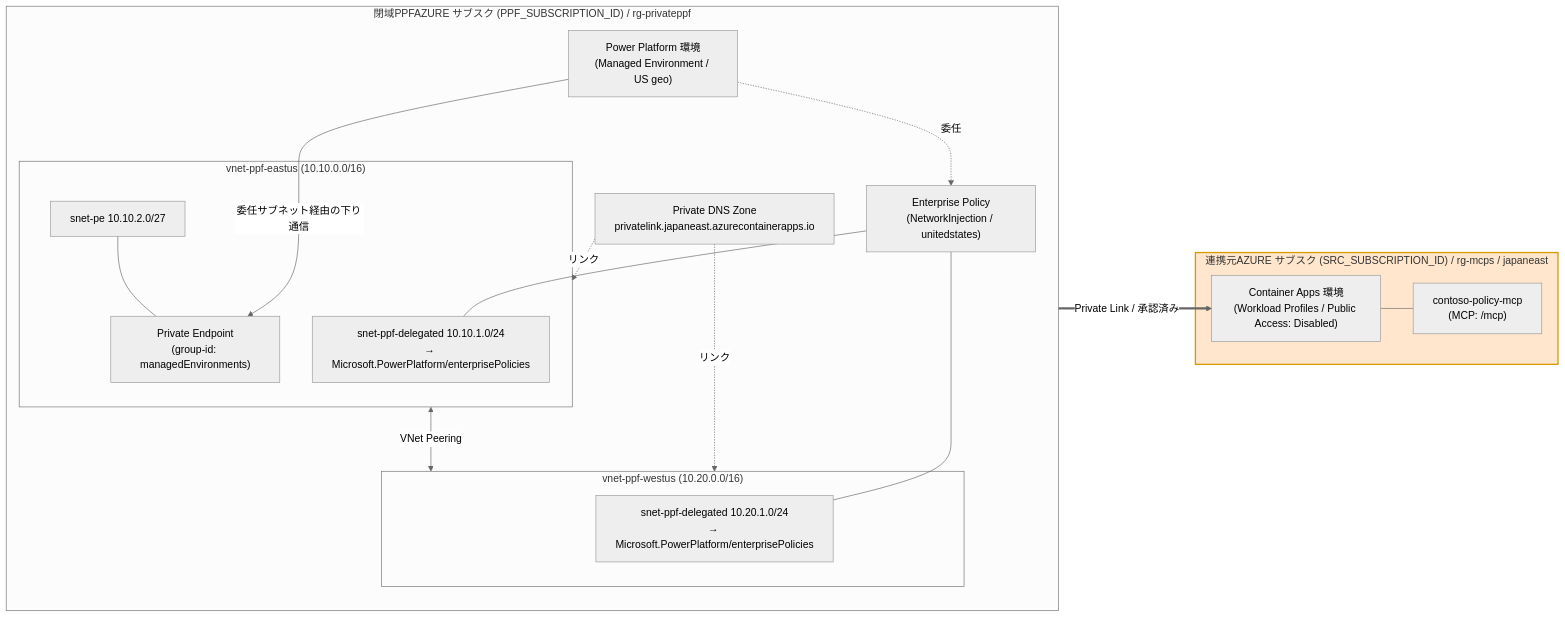
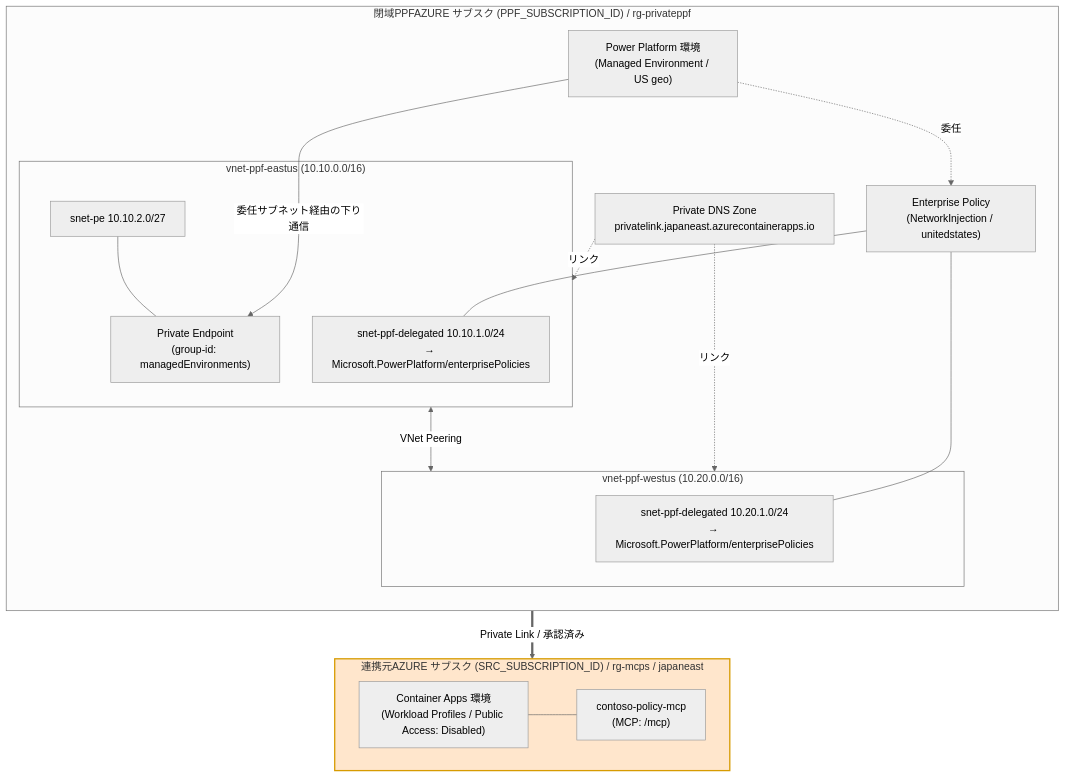
The diagram in README.md (ketana0224/private-PPF_Azure), drawn with Mermaid (neutral theme) before and after one commit.

Commit message:
docs: README の構成図を縦積みレイアウト(TB)に変更

````diff
--- a/README.md
+++ b/README.md
@@ -77,36 +77,37 @@
 ```mermaid
-flowchart LR
+flowchart TB
+    subgraph SRC["連携元AZURE サブスク (SRC_SUBSCRIPTION_ID) / rg-mcps / japaneast"]
+        direction LR
+        ACAENV["Container Apps 環境<br/>(Workload Profiles / Public Access: Disabled)"]
+        ACAAPP["contoso-policy-mcp<br/>(MCP: /mcp)"]
+    end
+
     subgraph PPF["閉域PPFAZURE サブスク (PPF_SUBSCRIPTION_ID) / rg-privateppf"]
         direction TB
         PPENV["Power Platform 環境<br/>(Managed Environment / US geo)"]
         EP["Enterprise Policy<br/>(NetworkInjection / unitedstates)"]
         subgraph VNE["vnet-ppf-eastus (10.10.0.0/16)"]
             DELE["snet-ppf-delegated 10.10.1.0/24<br/>→ Microsoft.PowerPlatform/enterprisePolicies"]
             PESN["snet-pe 10.10.2.0/27"]
             PE["Private Endpoint<br/>(group-id: managedEnvironments)"]
         end
         subgraph VNW["vnet-ppf-westus (10.20.0.0/16)"]
             DELW["snet-ppf-delegated 10.20.1.0/24<br/>→ Microsoft.PowerPlatform/enterprisePolicies"]
         end
         PDNS["Private DNS Zone<br/>privatelink.japaneast.azurecontainerapps.io"]
-    end
-
-    subgraph SRC["連携元AZURE サブスク (SRC_SUBSCRIPTION_ID) / rg-mcps / japaneast"]
-        ACAENV["Container Apps 環境<br/>(Workload Profiles / Public Access: Disabled)"]
-        ACAAPP["contoso-policy-mcp<br/>(MCP: /mcp)"]
     end
 
     PPENV -. 委任 .-> EP
     EP --- DELE
     EP --- DELW
     PESN --- PE
     PE ==>|Private Link / 承認済み| ACAENV
     ACAENV --- ACAAPP
     VNE <-->|VNet Peering| VNW
     PDNS -.リンク.-> VNE
     PDNS -.リンク.-> VNW
     PPENV -->|委任サブネット経由の下り通信| PE
 
     classDef srcBox fill:#ffe6cc,stroke:#d79b00,stroke-width:2px;
     class SRC srcBox;
 ```
````
